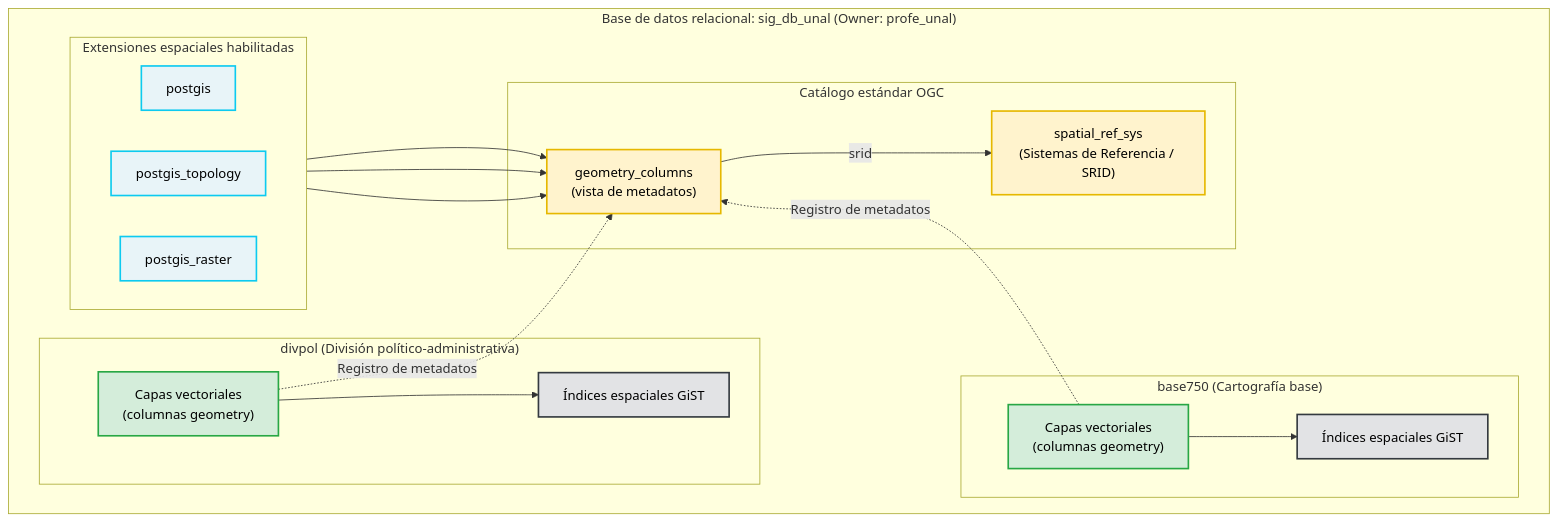
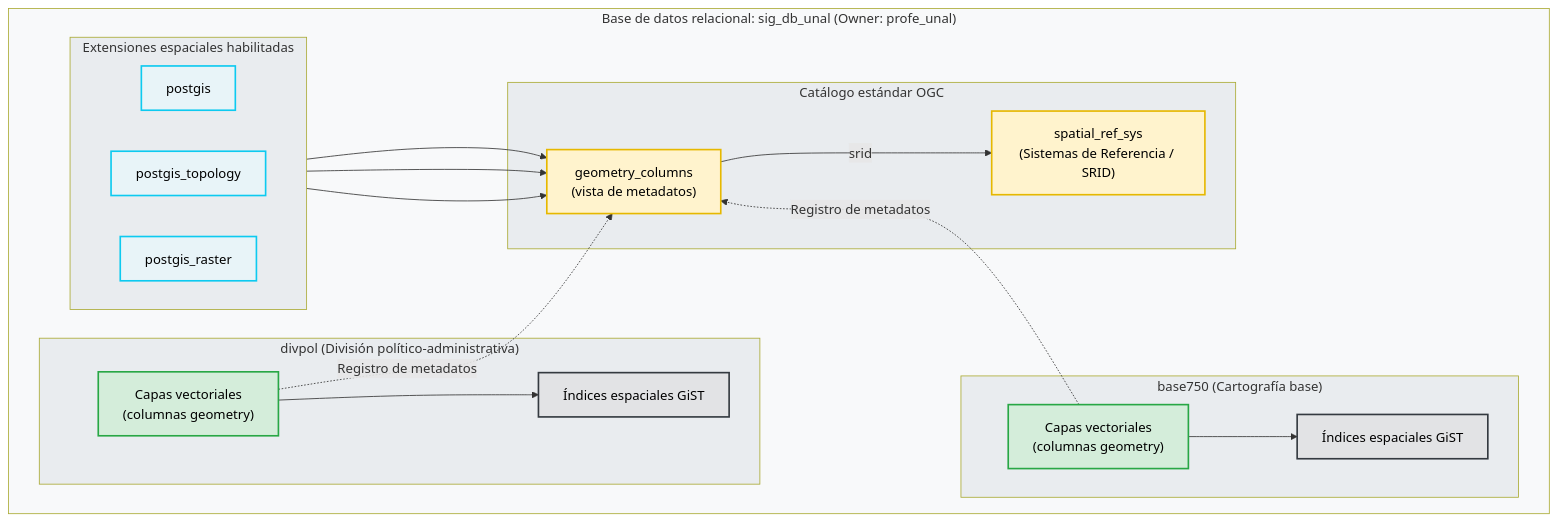
The fourth of 4 diagrams in chapters/13-infraestructura_docker_y_base_datos_espacial.qmd (Danesvv/BDE-nestor), drawn with Mermaid before and after one commit. The commit also changed other lines of this file and 106 other files, not shown here.

````diff
--- a/chapters/13-infraestructura_docker_y_base_datos_espacial.qmd
+++ b/chapters/13-infraestructura_docker_y_base_datos_espacial.qmd
@@ -376,56 +389,62 @@
 ```{mermaid}
 %%| label: fig-arquitectura-catalogo-espacial
 %%| fig-cap: "Estructura modular, extensiones y registro de metadatos OGC en la base de datos pedagógica"
 %%| fig-width: 6.5
 %%| fig-align: center
 
 graph TD
 
     classDef extension fill:#e8f4f8,stroke:#0dcaf0,stroke-width:2px,color:#000
     classDef metadato fill:#fff3cd,stroke:#e6b800,stroke-width:2px,color:#000
     classDef tabla fill:#d4edda,stroke:#28a745,stroke-width:2px,color:#000
     classDef indice fill:#e2e3e5,stroke:#343a40,stroke-width:2px,color:#000
 
     subgraph DB ["Base de datos relacional: sig_db_unal (Owner: profe_unal)"]
 
         subgraph Ext ["Extensiones espaciales habilitadas"]
             direction LR
             E1["postgis"]:::extension
             E2["postgis_topology"]:::extension
             E3["postgis_raster"]:::extension
         end
 
         subgraph Meta ["Catálogo estándar OGC"]
             M1["geometry_columns<br/>(vista de metadatos)"]:::metadato
             M2["spatial_ref_sys<br/>(Sistemas de Referencia / SRID)"]:::metadato
         end
 
         subgraph Base ["base750 (Cartografía base)"]
             T1["Capas vectoriales<br/>(columnas geometry)"]:::tabla
             I1["Índices espaciales GiST"]:::indice
         end
 
         subgraph Divpol ["divpol (División político-administrativa)"]
             T2["Capas vectoriales<br/>(columnas geometry)"]:::tabla
             I2["Índices espaciales GiST"]:::indice
         end
 
     end
+    
+    style DB fill:#f8f9fa
+    style Ext fill:#e9ecef
+    style Meta fill:#e9ecef
+    style Base fill:#e9ecef
+    style Divpol fill:#e9ecef
 
     E1 --> M1
     E2 --> M1
     E3 --> M1
 
     T1 -.->|"Registro de metadatos"| M1
     T2 -.->|"Registro de metadatos"| M1
 
     M1 -->|"srid"| M2
 
     T1 --> I1
     T2 --> I2
 
     %% Fuerza el orden vertical real: Meta encima de Base, Base encima de Divpol
     %% (sin esto, dagre puede colocar Base y Divpol al mismo nivel, lado a lado)
     Meta ~~~ Base
     Base ~~~ Divpol
 ```
````
